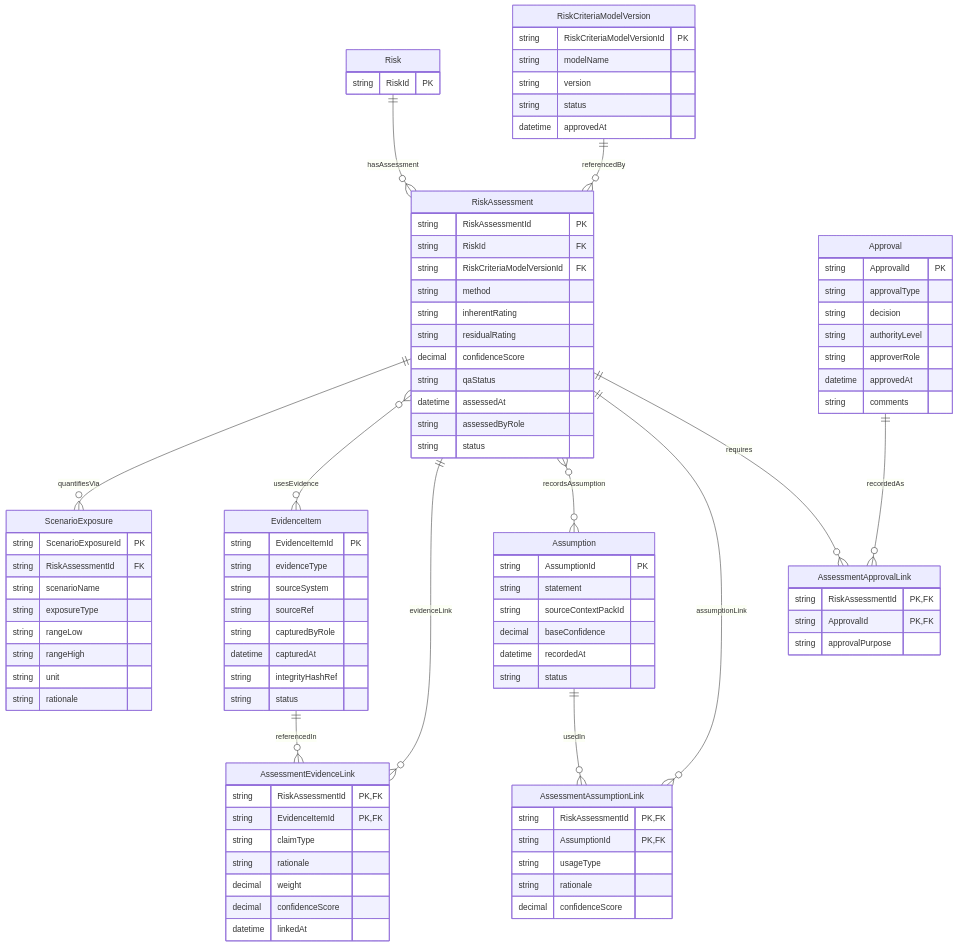
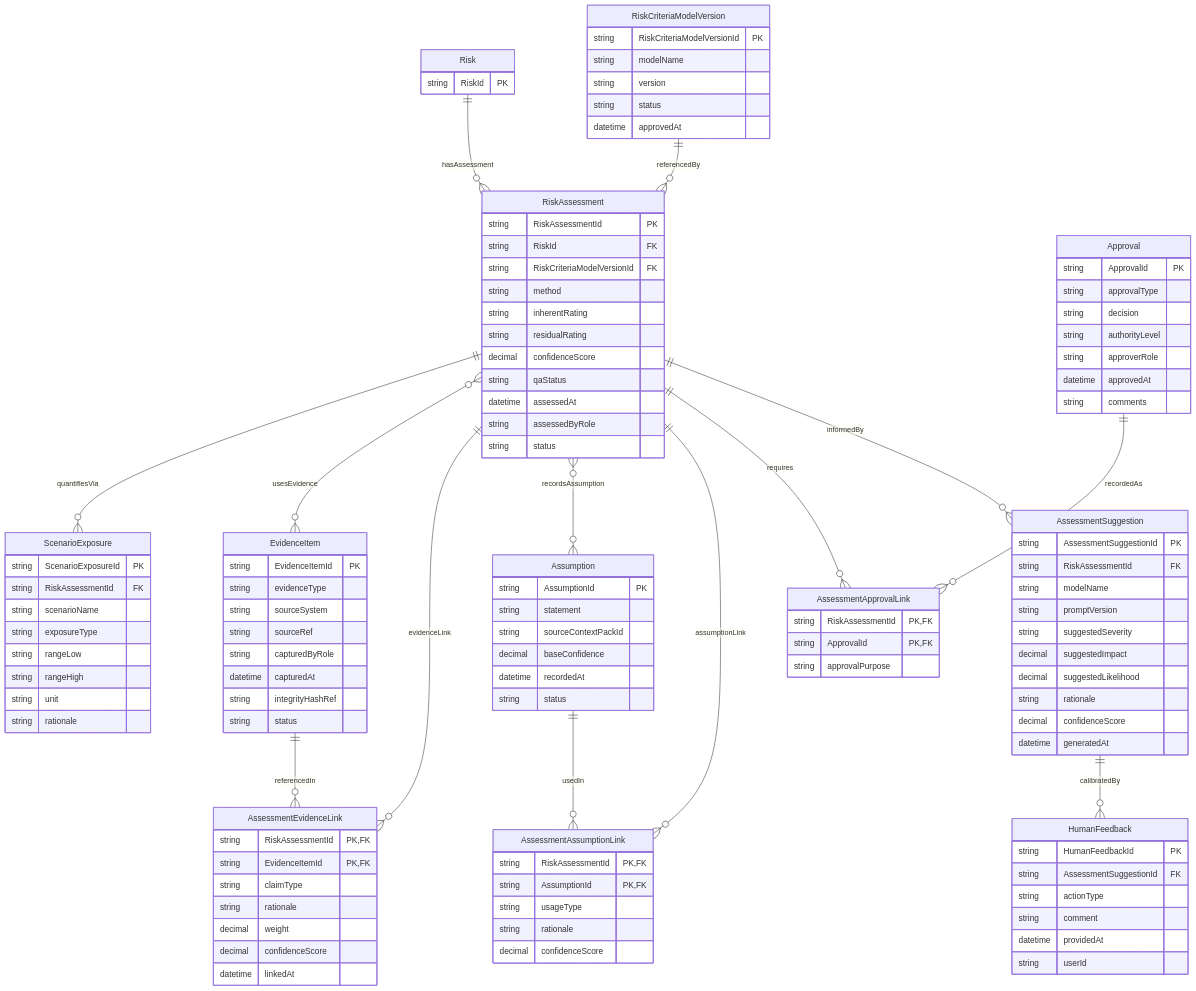
One commit to Domtellis/erm-platform changed the diagram in content/core/models/03-risk-analysis/logical-ER.mmd. Above: the diagram before and after it, drawn with Mermaid. The commit also changed 158 other files, not shown here.

```diff
--- a/content/core/models/03-risk-analysis/logical-ER.mmd
+++ b/content/core/models/03-risk-analysis/logical-ER.mmd
@@ -1,106 +1,131 @@
 erDiagram
   Risk ||--o{ RiskAssessment : hasAssessment
   RiskCriteriaModelVersion ||--o{ RiskAssessment : referencedBy
   RiskAssessment ||--o{ ScenarioExposure : quantifiesVia
 
   RiskAssessment }o--o{ EvidenceItem : usesEvidence
   RiskAssessment ||--o{ AssessmentEvidenceLink : evidenceLink
   EvidenceItem ||--o{ AssessmentEvidenceLink : referencedIn
 
   RiskAssessment }o--o{ Assumption : recordsAssumption
   RiskAssessment ||--o{ AssessmentAssumptionLink : assumptionLink
   Assumption ||--o{ AssessmentAssumptionLink : usedIn
 
   RiskAssessment ||--o{ AssessmentApprovalLink : requires
   Approval ||--o{ AssessmentApprovalLink : recordedAs
+
+  RiskAssessment ||--o{ AssessmentSuggestion : informedBy
+  AssessmentSuggestion ||--o{ HumanFeedback : calibratedBy
 
   Risk {
     string RiskId PK
   }
 
   RiskCriteriaModelVersion {
     string RiskCriteriaModelVersionId PK
     string modelName
     string version
     string status
     datetime approvedAt
   }
 
   RiskAssessment {
     string RiskAssessmentId PK
     string RiskId FK
     string RiskCriteriaModelVersionId FK
     string method
     string inherentRating
     string residualRating
     decimal confidenceScore
     string qaStatus
     datetime assessedAt
     string assessedByRole
     string status
   }
 
   ScenarioExposure {
     string ScenarioExposureId PK
     string RiskAssessmentId FK
     string scenarioName
     string exposureType
     string rangeLow
     string rangeHigh
     string unit
     string rationale
   }
 
   EvidenceItem {
     string EvidenceItemId PK
     string evidenceType
     string sourceSystem
     string sourceRef
     string capturedByRole
     datetime capturedAt
     string integrityHashRef
     string status
   }
 
   AssessmentEvidenceLink {
     string RiskAssessmentId PK, FK
     string EvidenceItemId PK, FK
     string claimType
     string rationale
     decimal weight
     decimal confidenceScore
     datetime linkedAt
   }
 
   Assumption {
     string AssumptionId PK
     string statement
     string sourceContextPackId
     decimal baseConfidence
     datetime recordedAt
     string status
   }
 
   AssessmentAssumptionLink {
     string RiskAssessmentId PK, FK
     string AssumptionId PK, FK
     string usageType
     string rationale
     decimal confidenceScore
   }
 
   Approval {
     string ApprovalId PK
     string approvalType
     string decision
     string authorityLevel
     string approverRole
     datetime approvedAt
     string comments
   }
 
   AssessmentApprovalLink {
     string RiskAssessmentId PK, FK
     string ApprovalId PK, FK
     string approvalPurpose
   }
+
+  AssessmentSuggestion {
+    string AssessmentSuggestionId PK
+    string RiskAssessmentId FK
+    string modelName
+    string promptVersion
+    string suggestedSeverity
+    decimal suggestedImpact
+    decimal suggestedLikelihood
+    string rationale
+    decimal confidenceScore
+    datetime generatedAt
+  }
+
+  HumanFeedback {
+    string HumanFeedbackId PK
+    string AssessmentSuggestionId FK
+    string actionType
+    string comment
+    datetime providedAt
+    string userId
+  }
```
